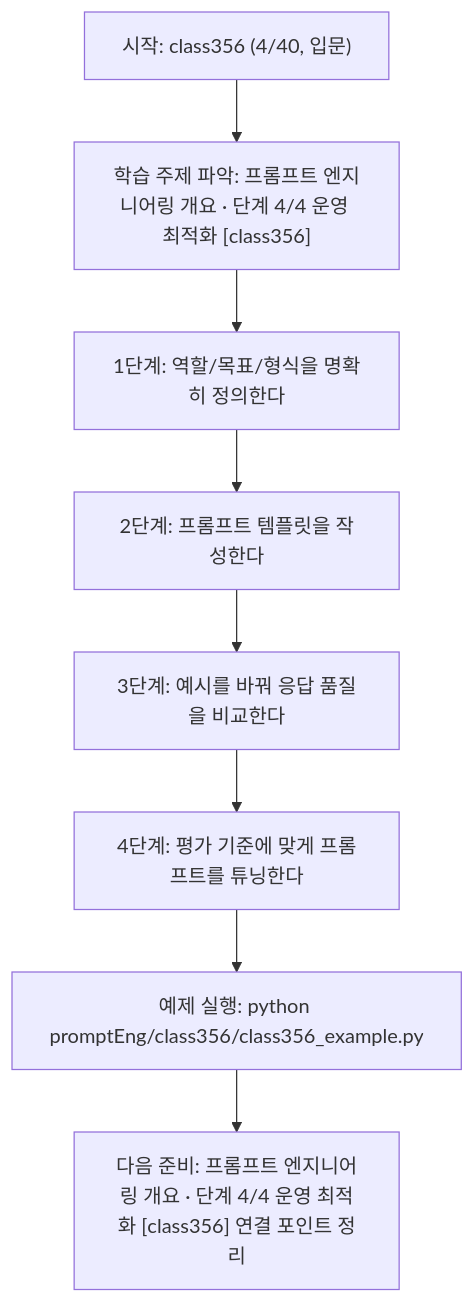
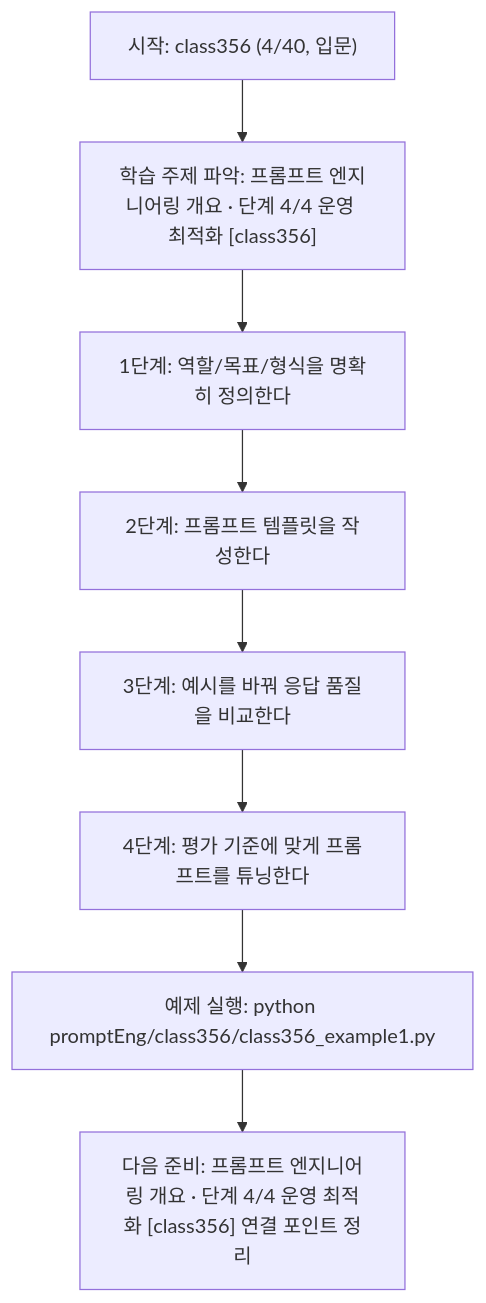
Before and after one commit to edumgt/Python-AI_Agent-Class: the diagram in promptEng/class356/class356.md, drawn with Mermaid. The commit also changed other lines of this file and 2959 other files, not shown here.

````diff
--- a/promptEng/class356/class356.md
+++ b/promptEng/class356/class356.md
@@ -110,18 +110,18 @@
 ```mermaid
 flowchart TD
 N1["시작: class356 (4/40, 입문)"]
 N2["학습 주제 파악: 프롬프트 엔지니어링 개요 · 단계 4/4 운영 최적화 [class356]"]
 N3["1단계: 역할/목표/형식을 명확히 정의한다"]
 N4["2단계: 프롬프트 템플릿을 작성한다"]
 N5["3단계: 예시를 바꿔 응답 품질을 비교한다"]
 N6["4단계: 평가 기준에 맞게 프롬프트를 튜닝한다"]
-N7["예제 실행: python promptEng/class356/class356_example.py"]
+N7["예제 실행: python promptEng/class356/class356_example1.py"]
 N8["다음 준비: 프롬프트 엔지니어링 개요 · 단계 4/4 운영 최적화 [class356] 연결 포인트 정리"]
 N1 --> N2
 N2 --> N3
 N3 --> N4
 N4 --> N5
 N5 --> N6
 N6 --> N7
 N7 --> N8
 ```
````
